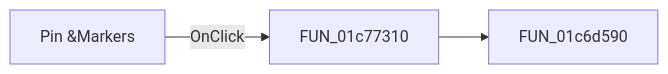
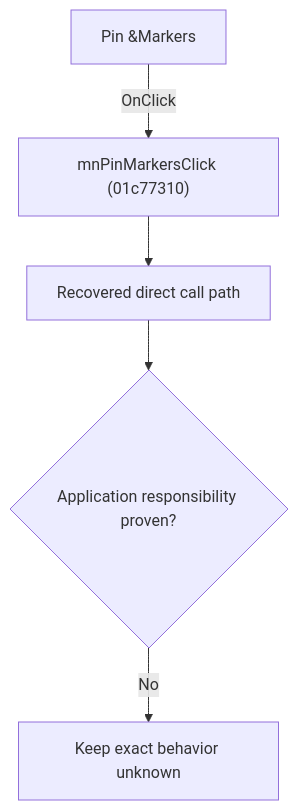
One commit to MovGP0/TIARA changed the diagram in docs/ui-controls/schematiceditor/mnpinmarkers-235c75c286.md. Above: the diagram before and after it, drawn with Mermaid. The commit also changed other lines of this file and 1062 other files, not shown here.

````diff
--- a/docs/ui-controls/schematiceditor/mnpinmarkers-235c75c286.md
+++ b/docs/ui-controls/schematiceditor/mnpinmarkers-235c75c286.md
@@ -27,5 +27,7 @@
 ```mermaid
-flowchart LR
-    control["Pin &Markers"] -->|OnClick| handler["FUN_01c77310"]
-    handler --> call1["FUN_01c6d590"]
+flowchart TD
+    control["Pin &Markers"] -->|"OnClick"| handler["mnPinMarkersClick (01c77310)"]
+    handler --> recovered["Recovered direct call path"]
+    recovered --> gap{"Application responsibility proven?"}
+    gap -->|"No"| blocked["Keep exact behavior unknown"]
 ```
````
